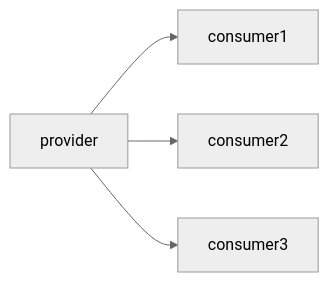
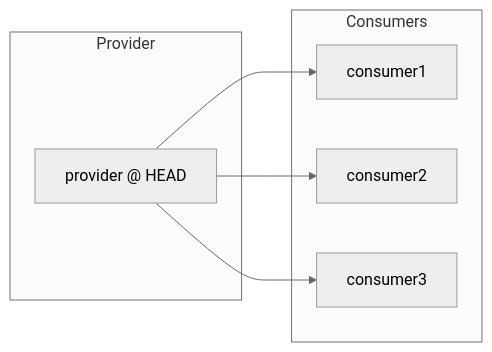
Before and after one commit to jiaqi/cyclopsgroup: the second of 2 diagrams in www/docs/monorepo.md, drawn with Mermaid (neutral theme). The commit also changed other lines of this file, not shown here.

````diff
--- a/www/docs/monorepo.md
+++ b/www/docs/monorepo.md
@@ -100,6 +86,16 @@
 ```mermaid
 graph LR
+  subgraph Provider
+    provider["provider @ HEAD"]
+  end
+
+  subgraph Consumers
+    consumer1
+    consumer2
+    consumer3
+  end
+
   provider --> consumer1
   provider --> consumer2
   provider --> consumer3
 ```
````
